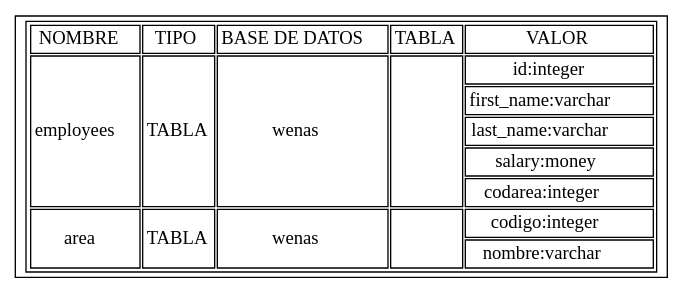
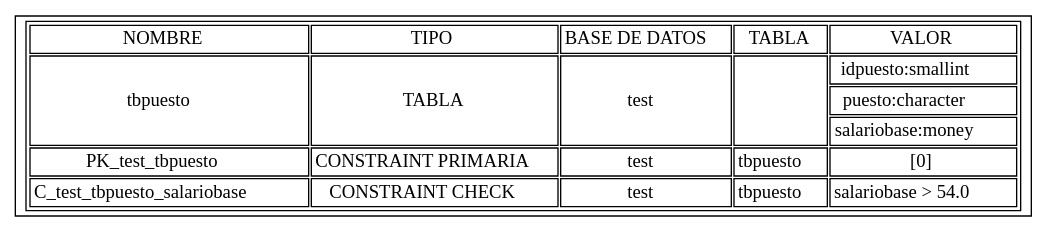
The diagram in ts.dot (sicmmar/Proyecto-Compi2), drawn with Graphviz before and after one commit. The commit also changed 23 other files, not shown here.

```diff
--- a/ts.dot
+++ b/ts.dot
@@ -1,8 +1,4 @@
-digraph G {shortName [shape=record label=<<TABLE><TR><TD>NOMBRE</TD><TD>TIPO</TD><TD>BASE DE DATOS</TD><TD>TABLA</TD><TD>VALOR</TD></TR><TR><TD rowspan='5'>employees</TD><TD rowspan='5'>TABLA</TD><TD rowspan='5'>wenas</TD><TD rowspan='5'></TD><TD>id:integer</TD></TR>
-<TR><TD>first_name:varchar</TD></TR>
-<TR><TD>last_name:varchar</TD></TR>
-<TR><TD>salary:money</TD></TR>
-<TR><TD>codarea:integer</TD></TR>
-<TR><TD rowspan='2'>area</TD><TD rowspan='2'>TABLA</TD><TD rowspan='2'>wenas</TD><TD rowspan='2'></TD><TD>codigo:integer</TD></TR>
-<TR><TD>nombre:varchar</TD></TR>
-</TABLE>>]}
+digraph G {shortName [shape=record label=<<TABLE><TR><TD>NOMBRE</TD><TD>TIPO</TD><TD>BASE DE DATOS</TD><TD>TABLA</TD><TD>VALOR</TD></TR><TR><TD rowspan='3'>tbpuesto</TD><TD rowspan='3'>TABLA</TD><TD rowspan='3'>test</TD><TD rowspan='3'></TD><TD>idpuesto:smallint</TD></TR>
+<TR><TD>puesto:character</TD></TR>
+<TR><TD>salariobase:money</TD></TR>
+<TR><TD>PK_test_tbpuesto</TD><TD>CONSTRAINT PRIMARIA</TD><TD>test</TD><TD>tbpuesto</TD><TD>[0]</TD></TR><TR><TD>C_test_tbpuesto_salariobase</TD><TD>CONSTRAINT CHECK</TD><TD>test</TD><TD>tbpuesto</TD><TD>salariobase &#62; 54.0</TD></TR>\n</TABLE>>]}
```
